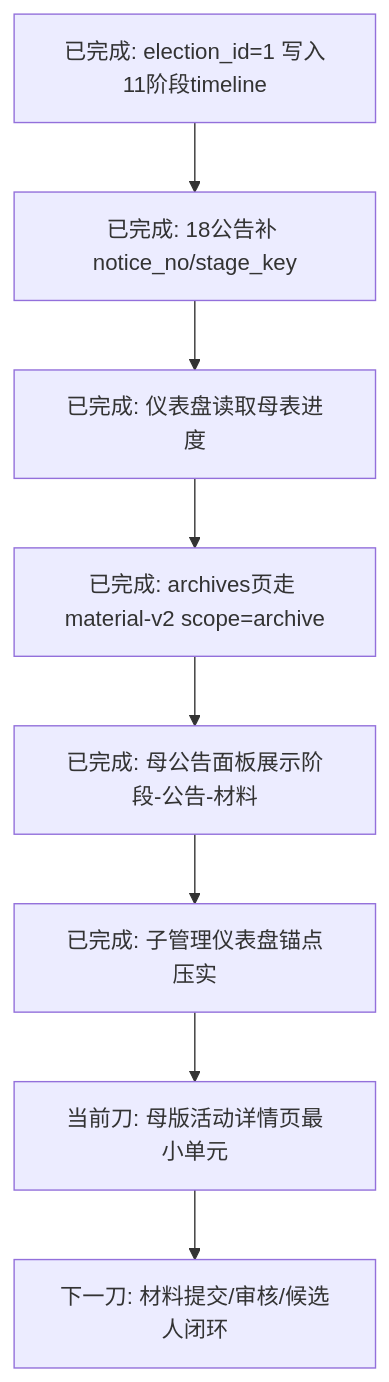
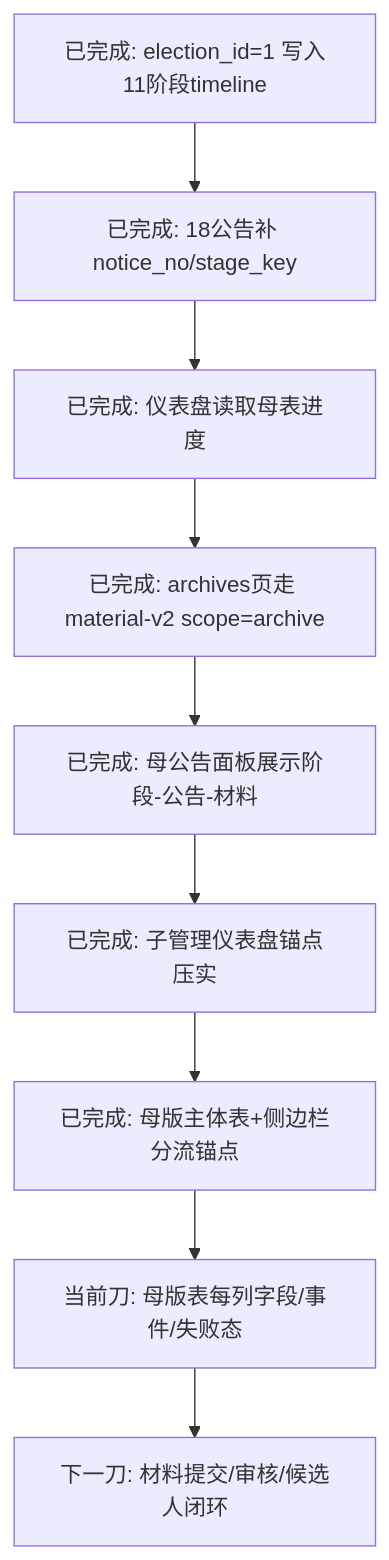
Before and after one commit to 4xiaxia/election-v2: the third of 5 diagrams in 副船长的航海接力日志/当前接力图.md, drawn with Mermaid. The commit also changed other lines of this file and 3 other files, not shown here.

Commit message:
docs: map mother table sidebar flow

````diff
--- a/副船长的航海接力日志/当前接力图.md
+++ b/副船长的航海接力日志/当前接力图.md
@@ -39,10 +39,11 @@
 ```mermaid
 flowchart TD
     A[已完成: election_id=1 写入11阶段timeline] --> B[已完成: 18公告补 notice_no/stage_key]
     B --> C[已完成: 仪表盘读取母表进度]
     C --> D[已完成: archives页走 material-v2 scope=archive]
     D --> E[已完成: 母公告面板展示阶段-公告-材料]
     E --> F[已完成: 子管理仪表盘锚点压实]
-    F --> G[当前刀: 母版活动详情页最小单元]
-    G --> H[下一刀: 材料提交/审核/候选人闭环]
+    F --> G[已完成: 母版主体表+侧边栏分流锚点]
+    G --> H[当前刀: 母版表每列字段/事件/失败态]
+    H --> I[下一刀: 材料提交/审核/候选人闭环]
 ```
````
